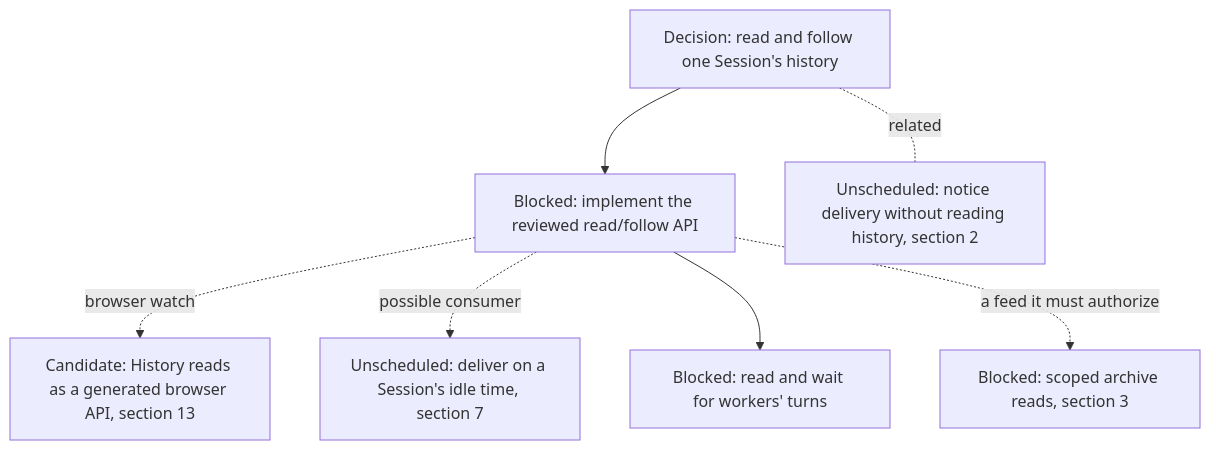
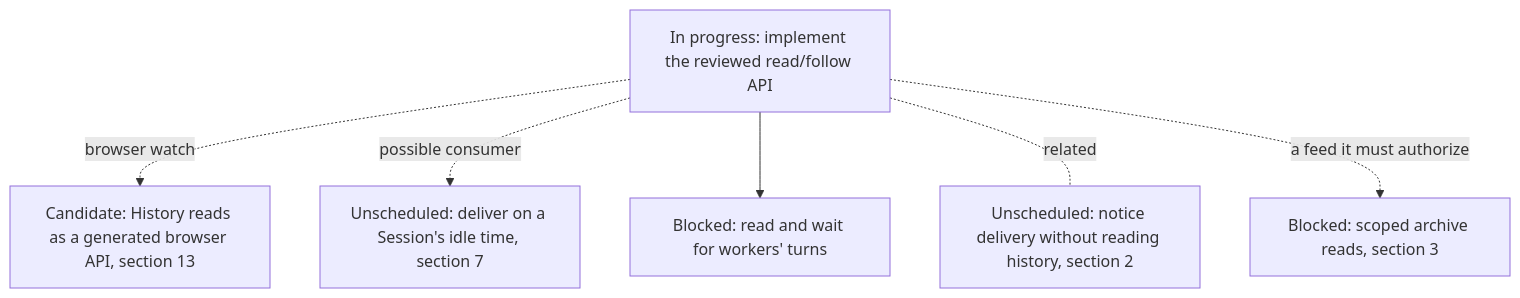
One commit to agentydragon-agent/ducktape changed diagram 15 of 19 in agentplane/plans/task_dag.md. Above: the diagram before and after it, drawn with Mermaid. The commit also changed other lines of this file and 2 other files, not shown here.

First line of the commit message:
docs(agentplane): accept the History FollowSession design (#12174)

````diff
--- a/agentplane/plans/task_dag.md
+++ b/agentplane/plans/task_dag.md
@@ -1467,15 +1467,13 @@
 ```mermaid
 flowchart TD
-    HISTORY_READ_FOLLOW_DESIGN[Decision: read and follow one Session's history]
-    HISTORY_READ_FOLLOW_API[Blocked: implement the reviewed read/follow API]
+    HISTORY_READ_FOLLOW_API[In progress: implement the reviewed read/follow API]
     HISTORY_READS_FACADE[Candidate: History reads as a generated browser API, section 13]
     SESSION_ACTIVITY_STREAM[Unscheduled: deliver on a Session's idle time, section 7]
     NOTIFICATION_COMMAND_OUTCOME_DESIGN[Unscheduled: notice delivery without reading history, section 2]
     THREAD_READ_POLICY[Blocked: scoped archive reads, section 3]
-    HISTORY_READ_FOLLOW_DESIGN --> HISTORY_READ_FOLLOW_API
     HISTORY_READ_FOLLOW_API -. browser watch .-> HISTORY_READS_FACADE
     HISTORY_READ_FOLLOW_API -. possible consumer .-> SESSION_ACTIVITY_STREAM
     HISTORY_READ_FOLLOW_API --> ORCHESTRATION_V1_TURN_READS[Blocked: read and wait for workers' turns]
-    HISTORY_READ_FOLLOW_DESIGN -. related .- NOTIFICATION_COMMAND_OUTCOME_DESIGN
+    HISTORY_READ_FOLLOW_API -. related .- NOTIFICATION_COMMAND_OUTCOME_DESIGN
     HISTORY_READ_FOLLOW_API -. a feed it must authorize .-> THREAD_READ_POLICY
 ```
````
